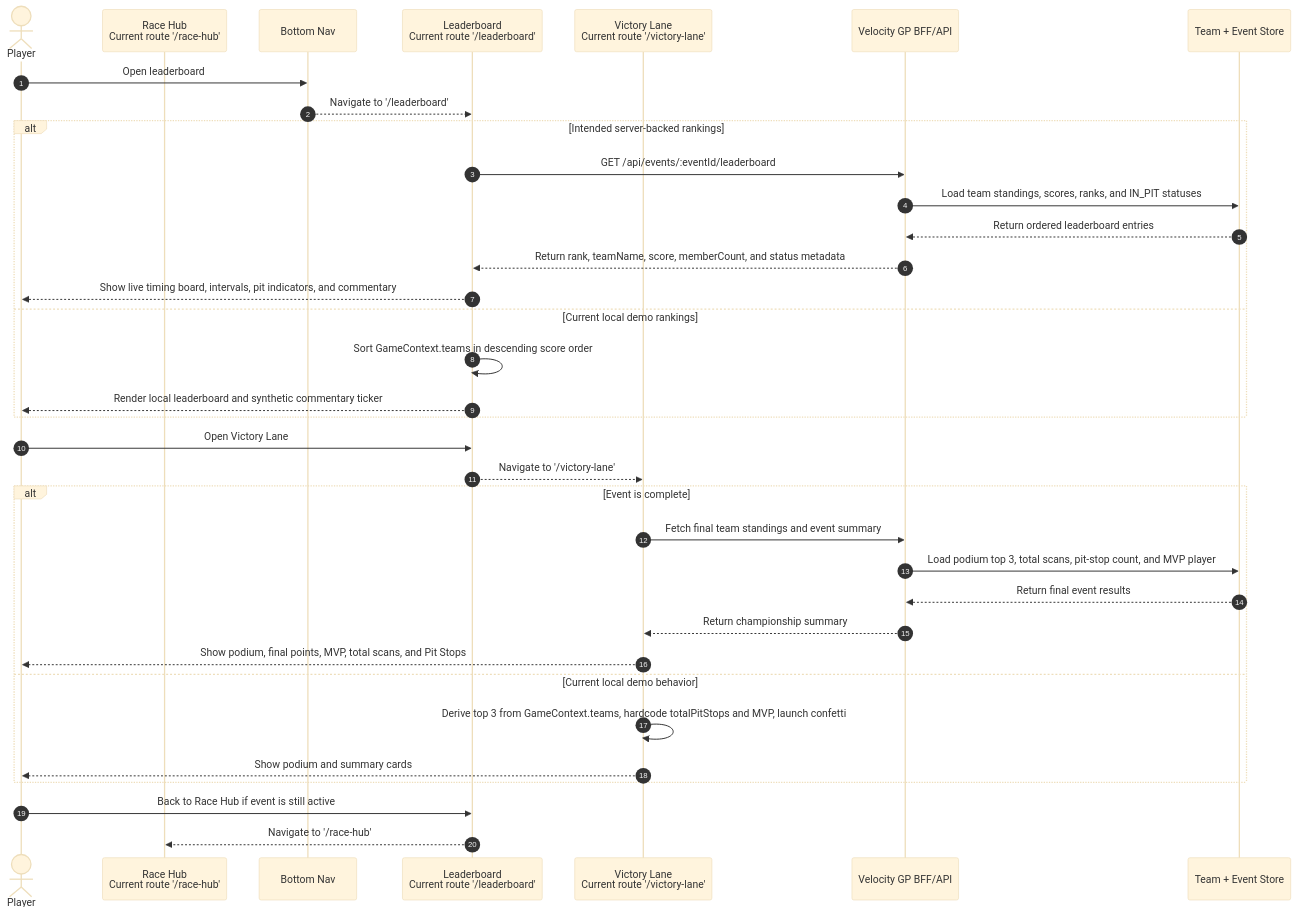
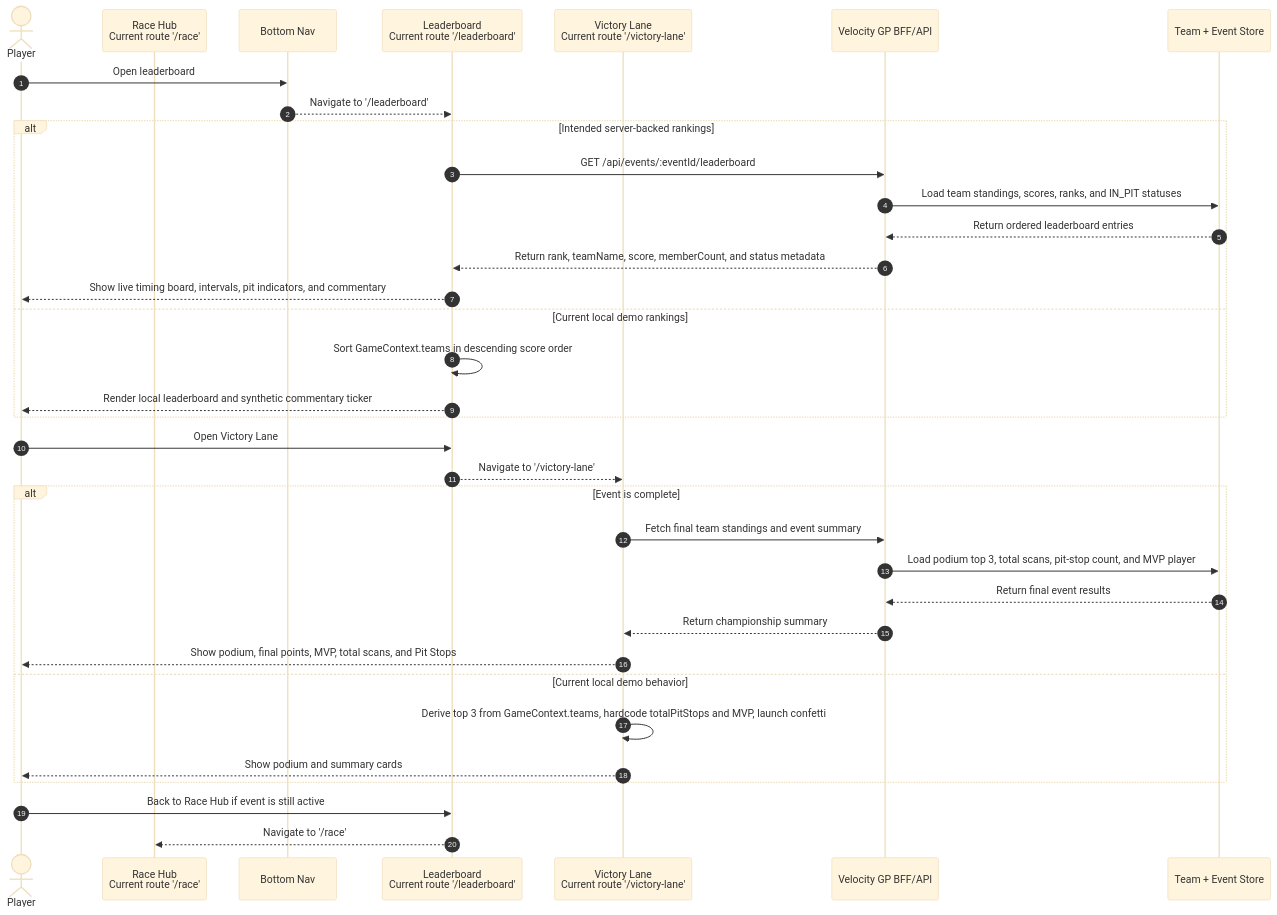
The eighth of 8 diagrams in docs/product/player-flow-diagrams.md (Helios-NOT-DEP/velocity-gp), drawn with Mermaid (base theme) before and after one commit. The commit also changed other lines of this file and 14 other files, not shown here.

````diff
--- a/docs/product/player-flow-diagrams.md
+++ b/docs/product/player-flow-diagrams.md
@@ -340,42 +340,42 @@
 ```mermaid
 sequenceDiagram
   autonumber
   actor Player
-  participant RaceHubUI as Race Hub<br/>Current route '/race-hub'
+  participant RaceHubUI as Race Hub<br/>Current route '/race'
   participant BottomNav as Bottom Nav
   participant LeaderboardUI as Leaderboard<br/>Current route '/leaderboard'
   participant VictoryLaneUI as Victory Lane<br/>Current route '/victory-lane'
   participant BFF as Velocity GP BFF/API
   participant Store as Team + Event Store
 
   Player->>BottomNav: Open leaderboard
   BottomNav-->>LeaderboardUI: Navigate to '/leaderboard'
 
   alt Intended server-backed rankings
     LeaderboardUI->>BFF: GET /api/events/:eventId/leaderboard
     BFF->>Store: Load team standings, scores, ranks, and IN_PIT statuses
     Store-->>BFF: Return ordered leaderboard entries
     BFF-->>LeaderboardUI: Return rank, teamName, score, memberCount, and status metadata
     LeaderboardUI-->>Player: Show live timing board, intervals, pit indicators, and commentary
   else Current local demo rankings
     LeaderboardUI->>LeaderboardUI: Sort GameContext.teams in descending score order
     LeaderboardUI-->>Player: Render local leaderboard and synthetic commentary ticker
   end
 
   Player->>LeaderboardUI: Open Victory Lane
   LeaderboardUI-->>VictoryLaneUI: Navigate to '/victory-lane'
 
   alt Event is complete
     VictoryLaneUI->>BFF: Fetch final team standings and event summary
     BFF->>Store: Load podium top 3, total scans, pit-stop count, and MVP player
     Store-->>BFF: Return final event results
     BFF-->>VictoryLaneUI: Return championship summary
     VictoryLaneUI-->>Player: Show podium, final points, MVP, total scans, and Pit Stops
   else Current local demo behavior
     VictoryLaneUI->>VictoryLaneUI: Derive top 3 from GameContext.teams, hardcode totalPitStops and MVP, launch confetti
     VictoryLaneUI-->>Player: Show podium and summary cards
   end
 
   Player->>LeaderboardUI: Back to Race Hub if event is still active
-  LeaderboardUI-->>RaceHubUI: Navigate to '/race-hub'
+  LeaderboardUI-->>RaceHubUI: Navigate to '/race'
 ```
````
